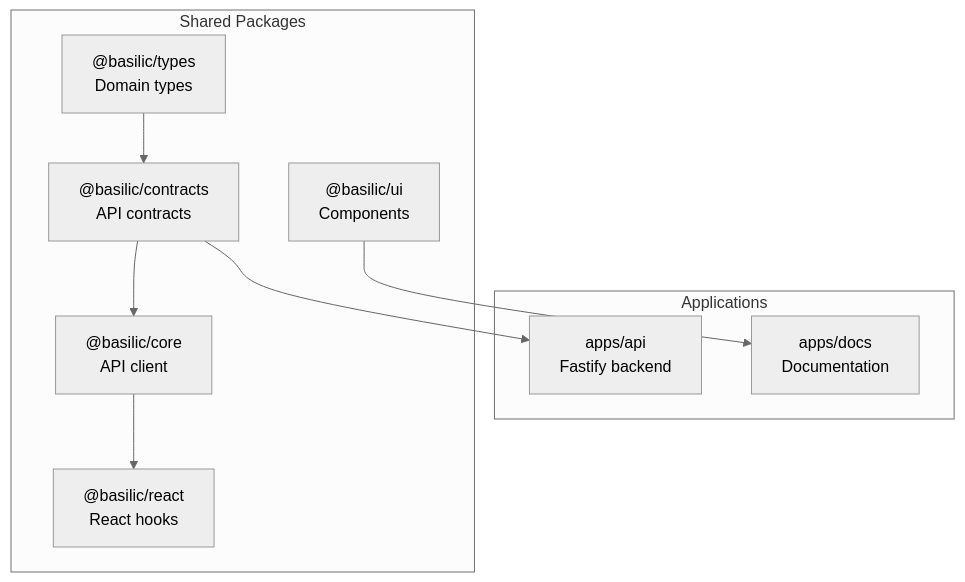
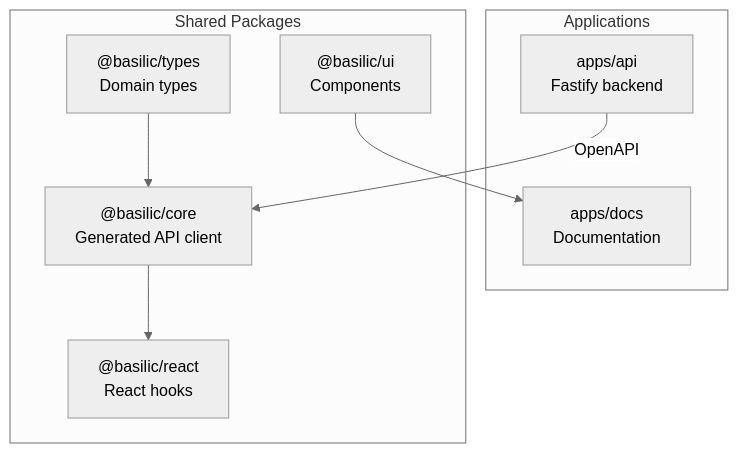
The diagram in apps/docs/content/docs/getting-started.mdx (blockmatic/basilic-evm), drawn with Mermaid (neutral theme) before and after one commit. The commit also changed other lines of this file and 34 other files, not shown here.

````diff
--- a/apps/docs/content/docs/getting-started.mdx
+++ b/apps/docs/content/docs/getting-started.mdx
@@ -38,21 +38,19 @@
 ```mermaid
 flowchart TB
   subgraph Apps["Applications"]
     API["apps/api<br/>Fastify backend"]
     Docs["apps/docs<br/>Documentation"]
   end
 
   subgraph Packages["Shared Packages"]
     Types["@basilic/types<br/>Domain types"]
-    Contracts["@basilic/contracts<br/>API contracts"]
-    Core["@basilic/core<br/>API client"]
+    Core["@basilic/core<br/>Generated API client"]
     React["@basilic/react<br/>React hooks"]
     UI["@basilic/ui<br/>Components"]
   end
 
-  Types --> Contracts
-  Contracts --> Core
+  Types --> Core
   Core --> React
-  Contracts --> API
+  API -->|OpenAPI| Core
   UI --> Docs
 ```
````
